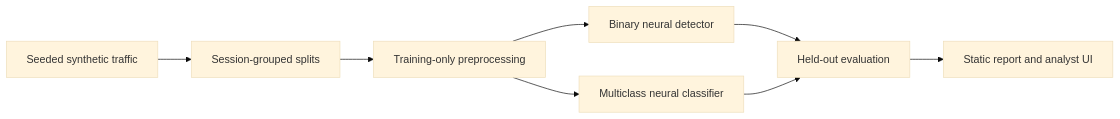
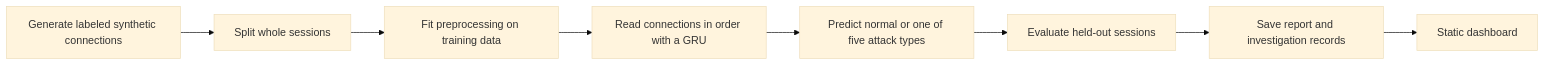
The diagram in README.md (khicklin23/IDS-ML-Project), drawn with Mermaid (base theme) before and after one commit. The commit also changed other lines of this file and 72 other files, not shown here.

````diff
--- a/README.md
+++ b/README.md
@@ -42,10 +43,10 @@
 ```mermaid
 flowchart LR
-    A[Seeded synthetic traffic] --> B[Session-grouped splits]
-    B --> C[Training-only preprocessing]
-    C --> D[Binary neural detector]
-    C --> E[Multiclass neural classifier]
-    D --> F[Held-out evaluation]
-    E --> F
-    F --> G[Static report and analyst UI]
+    A[Generate labeled synthetic connections] --> B[Split whole sessions]
+    B --> C[Fit preprocessing on training data]
+    C --> D[Read connections in order with a GRU]
+    D --> E[Predict normal or one of five attack types]
+    E --> F[Evaluate held-out sessions]
+    F --> G[Save report and investigation records]
+    G --> H[Static dashboard]
 ```
````
